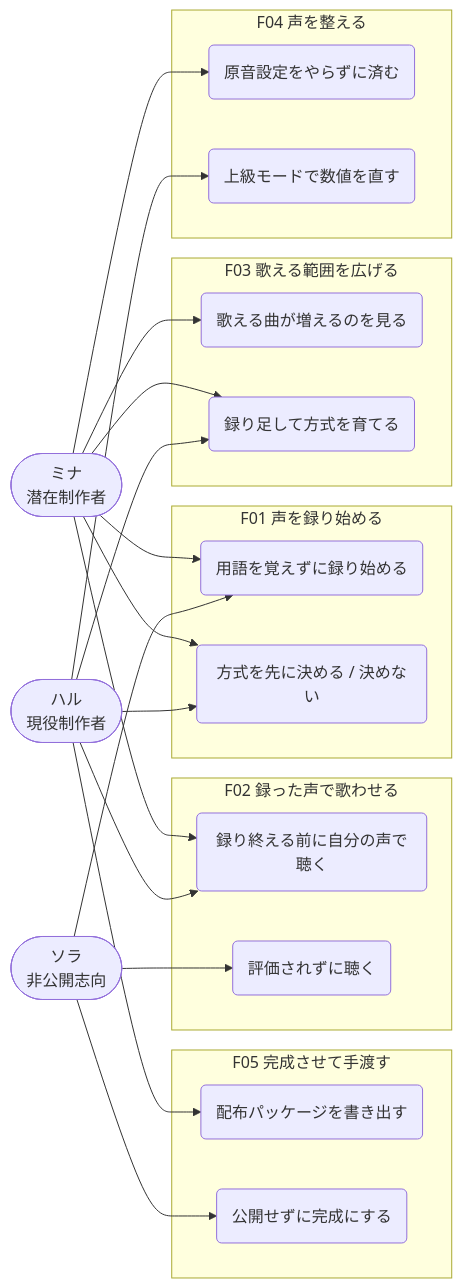
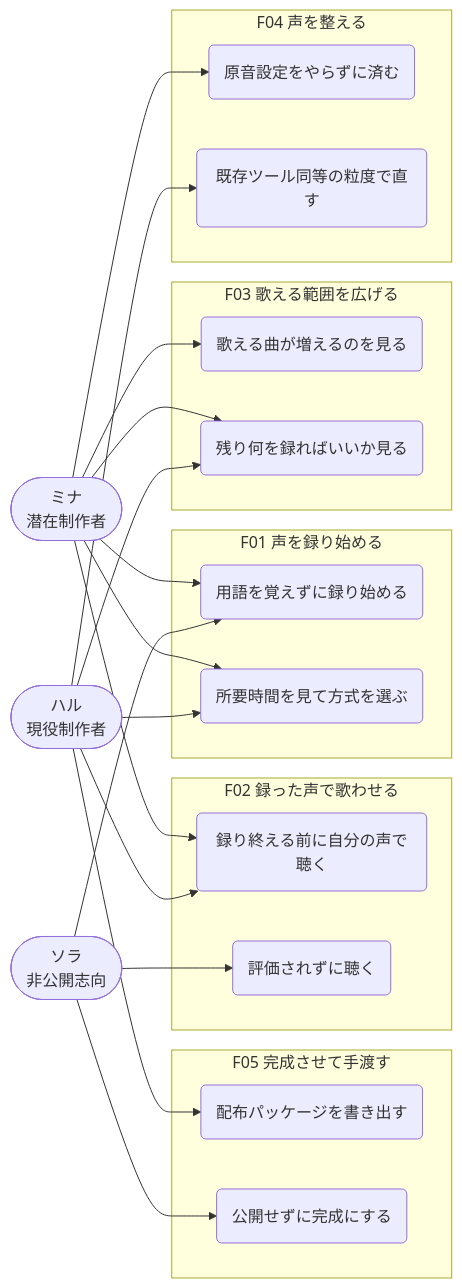
Before and after one commit to dino3616/koeru: the first of 6 diagrams in docs/usecase-map.md, drawn with Mermaid. The commit also changed other lines of this file and 3 other files, not shown here.

````diff
--- a/docs/usecase-map.md
+++ b/docs/usecase-map.md
@@ -59,44 +60,44 @@
 ```mermaid
 flowchart LR
   mina(["ミナ<br/>潜在制作者"])
   haru(["ハル<br/>現役制作者"])
   sora(["ソラ<br/>非公開志向"])
 
   subgraph F01["F01 声を録り始める"]
     uc101("用語を覚えずに録り始める")
-    uc103("方式を先に決める / 決めない")
+    uc103("所要時間を見て方式を選ぶ")
   end
   subgraph F02["F02 録った声で歌わせる"]
     uc201("録り終える前に自分の声で聴く")
     uc203("評価されずに聴く")
   end
   subgraph F03["F03 歌える範囲を広げる"]
     uc301("歌える曲が増えるのを見る")
-    uc303("録り足して方式を育てる")
+    uc303("残り何を録ればいいか見る")
   end
   subgraph F04["F04 声を整える"]
     uc401("原音設定をやらずに済む")
-    uc403("上級モードで数値を直す")
+    uc403("既存ツール同等の粒度で直す")
   end
   subgraph F05["F05 完成させて手渡す"]
     uc501("配布パッケージを書き出す")
     uc503("公開せずに完成にする")
   end
 
   mina --> uc101
   mina --> uc103
   mina --> uc201
   mina --> uc301
   mina --> uc303
   mina --> uc401
 
   haru --> uc103
   haru --> uc201
   haru --> uc303
   haru --> uc403
   haru --> uc501
 
   sora --> uc101
   sora --> uc203
   sora --> uc503
 ```
````
